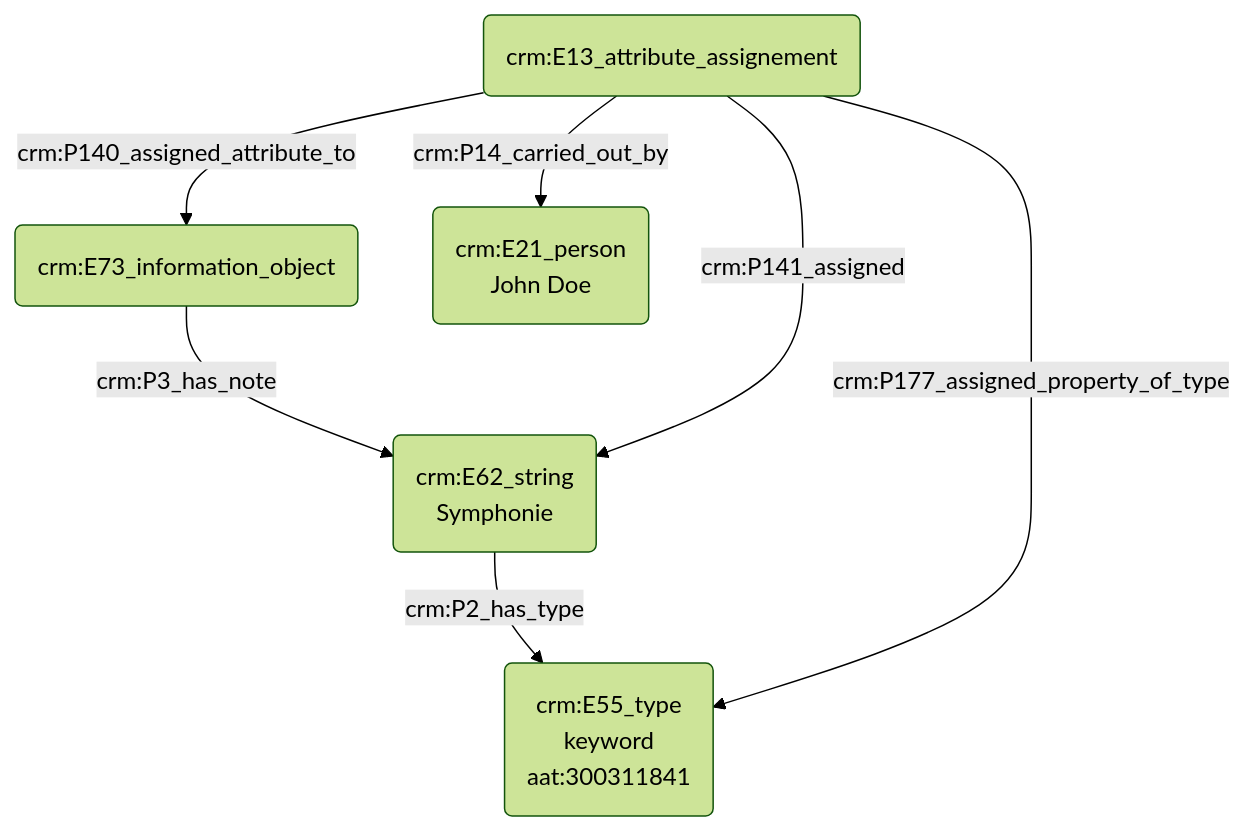
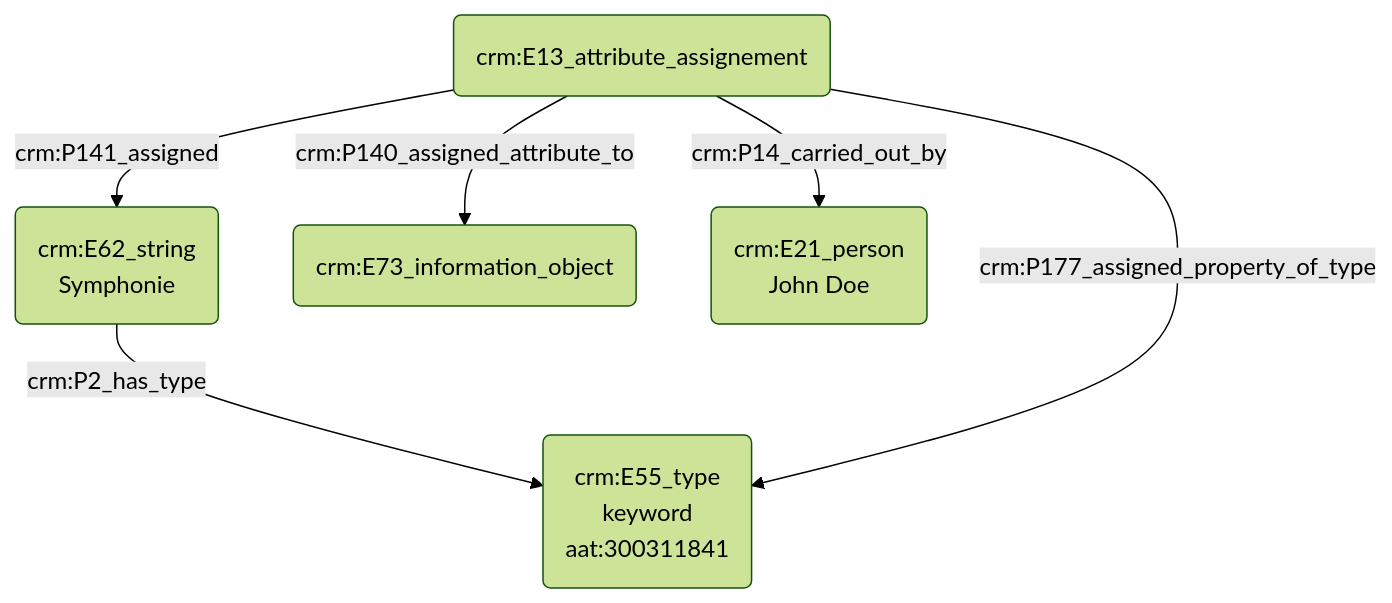
The diagram in modules/livrables/Dossier 2/Indexation conceptuelle/indexation d'une source avec un mot-clé.md (Amleth/consortium-musica2-gt2-ontologies), drawn with Mermaid (forest theme) before and after one commit.

Commit message:
Update indexation d'une source avec un mot-clé.md

````diff
--- a/modules/livrables/Dossier 2/Indexation conceptuelle/indexation d'une source avec un mot-clé.md
+++ b/modules/livrables/Dossier 2/Indexation conceptuelle/indexation d'une source avec un mot-clé.md
@@ -17,12 +17,11 @@
 ```mermaid
 graph TD;
 
-A(crm:E73_information_object) --> |crm:P3_has_note| B(crm:E62_string<br>Symphonie)
 B(crm:E62_string<br>Symphonie) --> |crm:P2_has_type| C(crm:E55_type<br>keyword<br>aat:300311841)
 
 D(crm:E13_attribute_assignement) --> |crm:P140_assigned_attribute_to| A(crm:E73_information_object)
 D(crm:E13_attribute_assignement) --> |crm:P141_assigned| B(crm:E62_string<br>Symphonie)
 D(crm:E13_attribute_assignement) --> |crm:P177_assigned_property_of_type| C(crm:E55_type<br>keyword<br>aat:300311841)
 D(crm:E13_attribute_assignement) --> |crm:P14_carried_out_by| F(crm:E21_person<br>John Doe)
 
 ```
````
